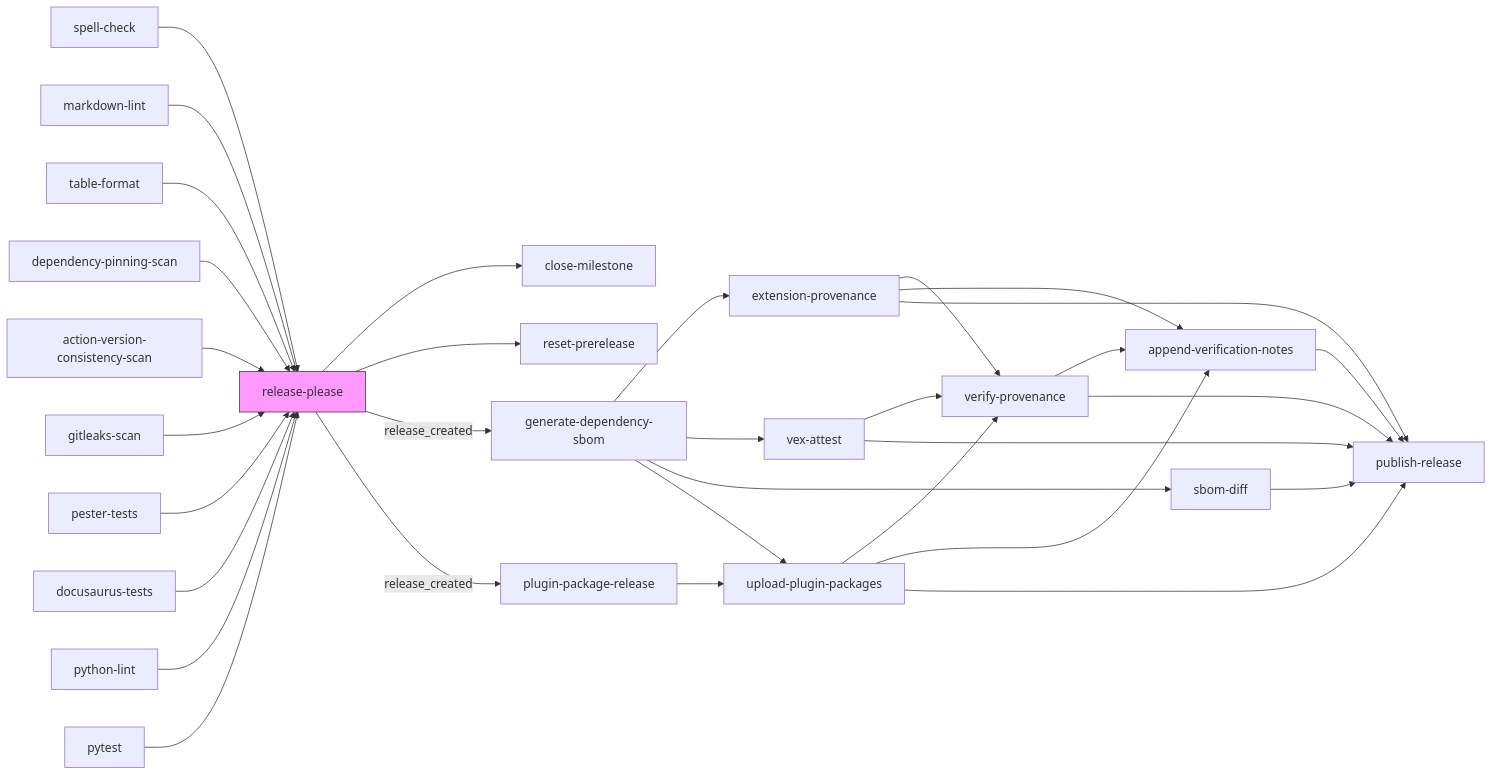
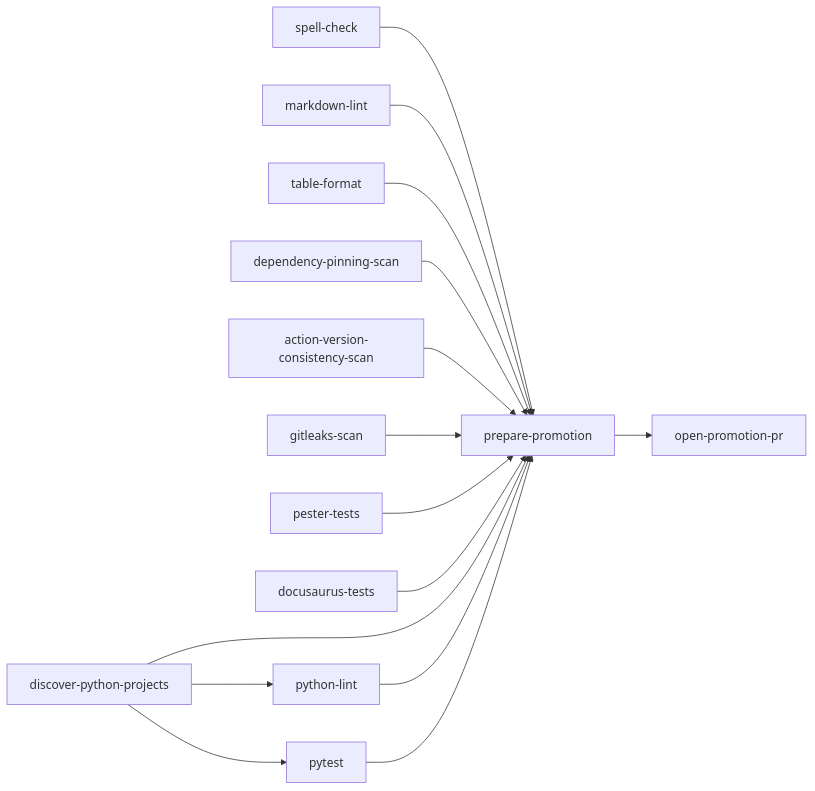
Before and after one commit to MohammedAlkindi/hve-core: the third of 4 diagrams in docs/architecture/workflows.md, drawn with Mermaid. The commit also changed other lines of this file and 999 other files, not shown here.

````diff
--- a/docs/architecture/workflows.md
+++ b/docs/architecture/workflows.md
@@ -186,35 +196,17 @@
 ```mermaid
 flowchart LR
-    V1[spell-check] --> RP[release-please]
-    V2[markdown-lint] --> RP
-    V3[table-format] --> RP
-    V4[dependency-pinning-scan] --> RP
-    V5[action-version-consistency-scan] --> RP
-    V6[gitleaks-scan] --> RP
-    V7[pester-tests] --> RP
-    V8[docusaurus-tests] --> RP
-    V9[python-lint] --> RP
-    V10[pytest] --> RP
-    RP --> CM[close-milestone]
-    RP --> RST[reset-prerelease]
-    RP -->|release_created| SBOM[generate-dependency-sbom]
-    RP -->|release_created| PPR[plugin-package-release]
-    SBOM --> EP[extension-provenance]
-    SBOM --> VX[vex-attest]
-    SBOM --> SD[sbom-diff]
-    PPR --> UPP[upload-plugin-packages]
-    SBOM --> UPP
-    EP --> VP[verify-provenance]
-    UPP --> VP
-    VX --> VP
-    VP --> AVN[append-verification-notes]
-    EP --> AVN
-    UPP --> AVN
-    EP --> PUB[publish-release]
-    UPP --> PUB
-    VX --> PUB
-    VP --> PUB
-    SD --> PUB
-    AVN --> PUB
-    style RP fill:#f9f,stroke:#333
+    V1[spell-check] --> PREP[prepare-promotion]
+    V2[markdown-lint] --> PREP
+    V3[table-format] --> PREP
+    V4[dependency-pinning-scan] --> PREP
+    V5[action-version-consistency-scan] --> PREP
+    V6[gitleaks-scan] --> PREP
+    V7[pester-tests] --> PREP
+    V8[docusaurus-tests] --> PREP
+    V9[discover-python-projects] --> PREP
+    V9 --> V10[python-lint]
+    V9 --> V11[pytest]
+    V10 --> PREP
+    V11 --> PREP
+    PREP --> PR[open-promotion-pr]
 ```
````
